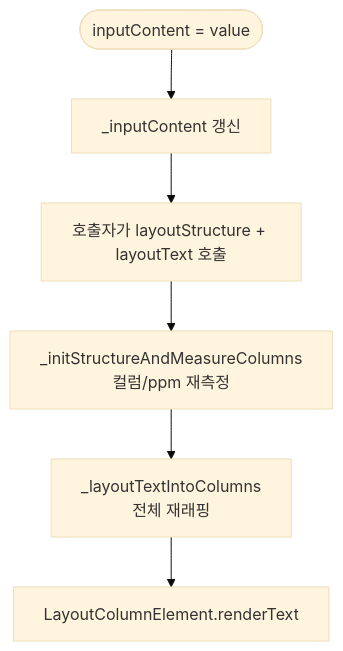
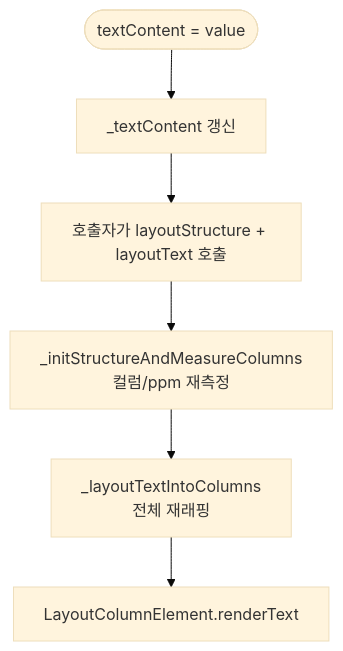
One commit to kyiimn/layout-element changed the third of 5 diagrams in docs/TEXT_ENGINE.md. Above: the diagram before and after it, drawn with Mermaid (base theme). The commit also changed other lines of this file and 7 other files, not shown here.

Commit message:
refactor: rename inputContent → textContent, _content → _sourceContent for clarity

````diff
--- a/docs/TEXT_ENGINE.md
+++ b/docs/TEXT_ENGINE.md
@@ -163,8 +163,8 @@
 ```mermaid
 flowchart TD
-    Start([inputContent = value]) --> SetValue[_inputContent 갱신]
+    Start([textContent = value]) --> SetValue[_textContent 갱신]
     SetValue --> Caller[호출자가 layoutStructure + layoutText 호출]
     Caller --> InitStruct[_initStructureAndMeasureColumns<br/>컬럼/ppm 재측정]
     InitStruct --> LayoutText[_layoutTextIntoColumns<br/>전체 재래핑]
     LayoutText --> Render[LayoutColumnElement.renderText]
 ```
````
